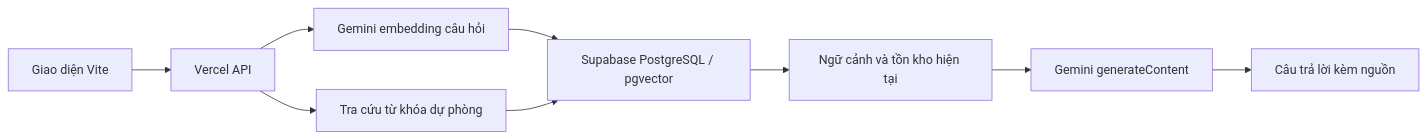
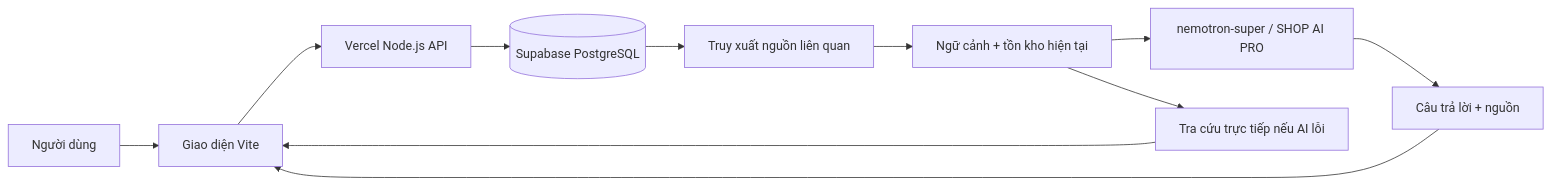
The diagram in README.md (levantri10/ChatBot_Library), drawn with Mermaid before and after one commit. The commit also changed other lines of this file and 24 other files, not shown here.

````diff
--- a/README.md
+++ b/README.md
@@ -18,11 +71,13 @@
 ```mermaid
 flowchart LR
-  U[Giao diện Vite] --> A[Vercel API]
-  A --> Q[Gemini embedding câu hỏi]
-  Q --> V[Supabase PostgreSQL / pgvector]
-  A --> L[Tra cứu từ khóa dự phòng]
-  L --> V
-  V --> C[Ngữ cảnh và tồn kho hiện tại]
-  C --> G[Gemini generateContent]
-  G --> S[Câu trả lời kèm nguồn]
+    U[Người dùng] --> UI[Giao diện Vite]
+    UI --> API[Vercel Node.js API]
+    API --> DB[(Supabase PostgreSQL)]
+    DB --> R[Truy xuất nguồn liên quan]
+    R --> C[Ngữ cảnh + tồn kho hiện tại]
+    C --> AI[nemotron-super / SHOP AI PRO]
+    AI --> A[Câu trả lời + nguồn]
+    C --> F[Tra cứu trực tiếp nếu AI lỗi]
+    A --> UI
+    F --> UI
 ```
````
